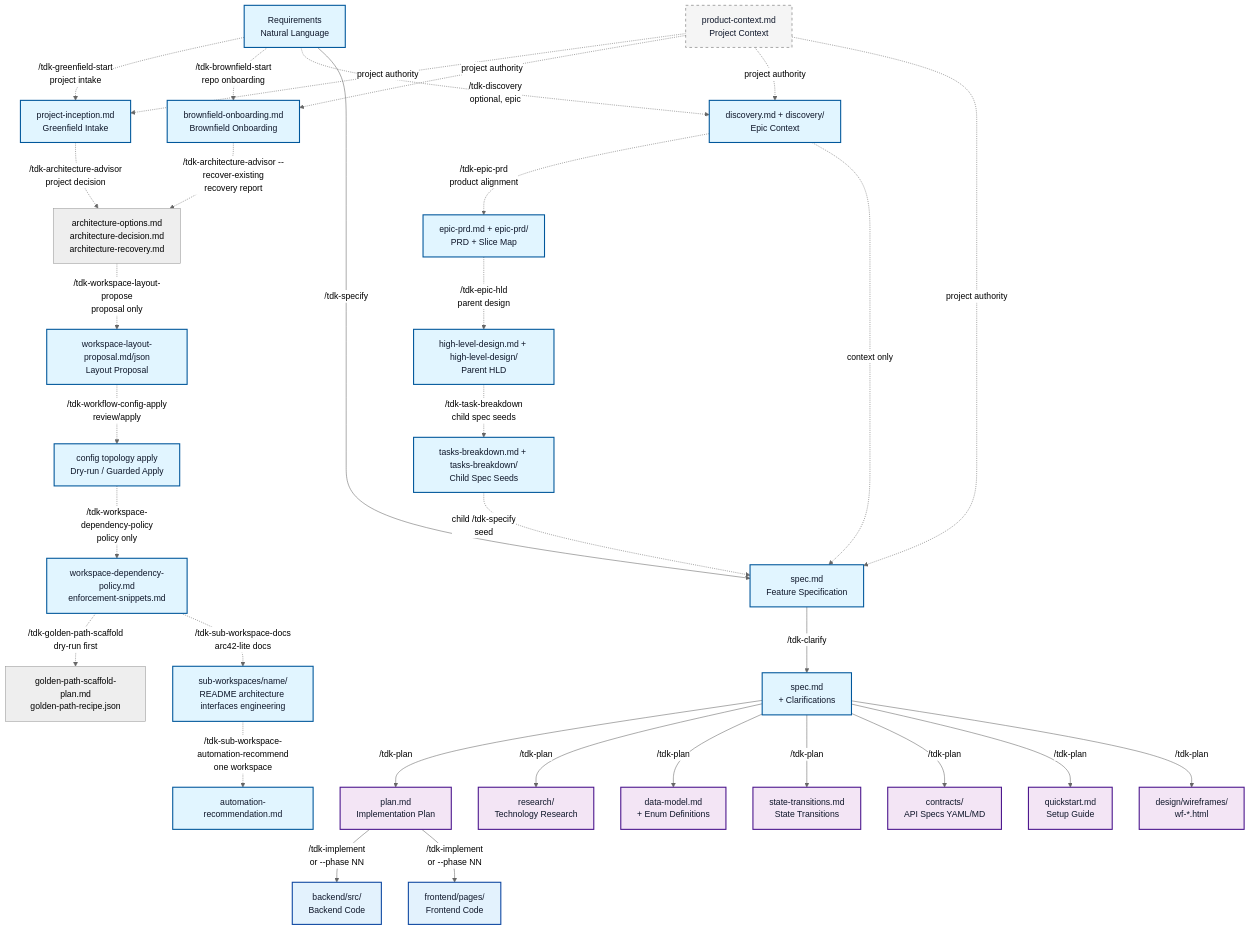
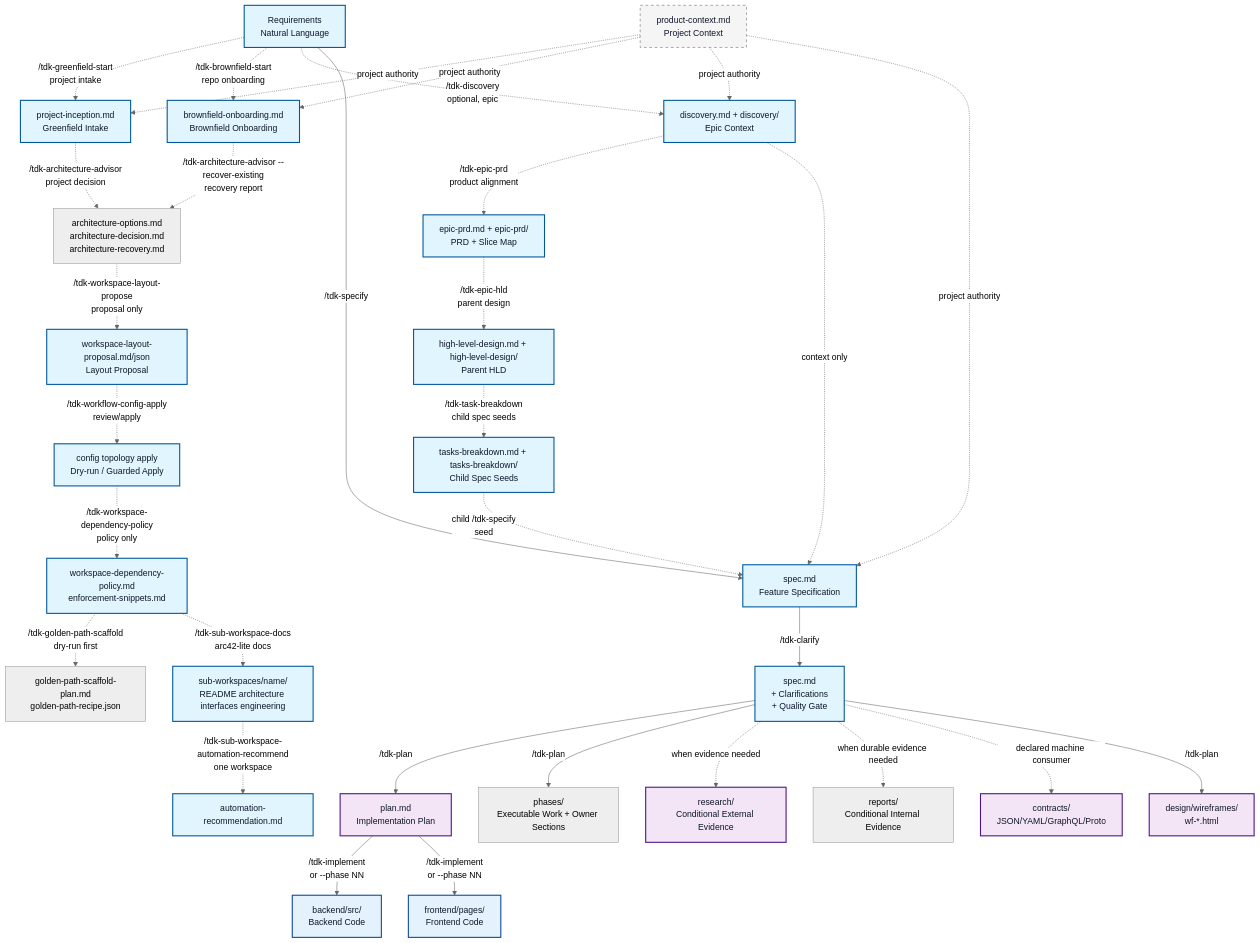
Before and after one commit to vinhltt/tdk: the first of 8 diagrams in .specify/docs/en/guides/workflow-map.md, drawn with Mermaid (neutral theme). The commit also changed other lines of this file and 180 other files, not shown here.

````diff
--- a/.specify/docs/en/guides/workflow-map.md
+++ b/.specify/docs/en/guides/workflow-map.md
@@ -12,72 +12,71 @@
 ```mermaid
 flowchart TD
     %% Phase 0: Specification
     REQ[Requirements<br/>Natural Language]
     PRODUCT_CONTEXT[product-context.md<br/>Project Context]
     GREENFIELD_INCEPTION[project-inception.md<br/>Greenfield Intake]
     BROWNFIELD_ONBOARDING[brownfield-onboarding.md<br/>Brownfield Onboarding]
     ARCHITECTURE_REPORTS[architecture-options.md<br/>architecture-decision.md<br/>architecture-recovery.md]
     TOPOLOGY[workspace-layout-proposal.md/json<br/>Layout Proposal]
     CONFIG_PATCH[config topology apply<br/>Dry-run / Guarded Apply]
     POLICY[workspace-dependency-policy.md<br/>enforcement-snippets.md]
     GOLDEN_PATH[golden-path-scaffold-plan.md<br/>golden-path-recipe.json]
     SUB_WORKSPACE_DOCS[sub-workspaces/name/<br/>README architecture interfaces engineering]
     AUTOMATION_RECOMMEND[automation-recommendation.md]
     DISCOVERY[discovery.md + discovery/<br/>Epic Context]
     EPIC_PRD[epic-prd.md + epic-prd/<br/>PRD + Slice Map]
     HLD[high-level-design.md + high-level-design/<br/>Parent HLD]
     TASK_BREAKDOWN[tasks-breakdown.md + tasks-breakdown/<br/>Child Spec Seeds]
 
     %% Phase 0: Feature Specification
     REQ -.->|/tdk-greenfield-start<br/>project intake| GREENFIELD_INCEPTION
     REQ -.->|/tdk-brownfield-start<br/>repo onboarding| BROWNFIELD_ONBOARDING
     GREENFIELD_INCEPTION -.->|/tdk-architecture-advisor<br/>project decision| ARCHITECTURE_REPORTS
     BROWNFIELD_ONBOARDING -.->|/tdk-architecture-advisor --recover-existing<br/>recovery report| ARCHITECTURE_REPORTS
     ARCHITECTURE_REPORTS -.->|/tdk-workspace-layout-propose<br/>proposal only| TOPOLOGY
     TOPOLOGY -.->|/tdk-workflow-config-apply<br/>review/apply| CONFIG_PATCH
     CONFIG_PATCH -.->|/tdk-workspace-dependency-policy<br/>policy only| POLICY
     POLICY -.->|/tdk-golden-path-scaffold<br/>dry-run first| GOLDEN_PATH
     POLICY -.->|/tdk-sub-workspace-docs<br/>arc42-lite docs| SUB_WORKSPACE_DOCS
     SUB_WORKSPACE_DOCS -.->|/tdk-sub-workspace-automation-recommend<br/>one workspace| AUTOMATION_RECOMMEND
     REQ -.->|/tdk-discovery<br/>optional, epic| DISCOVERY
     DISCOVERY -.->|/tdk-epic-prd<br/>product alignment| EPIC_PRD
     EPIC_PRD -.->|/tdk-epic-hld<br/>parent design| HLD
     HLD -.->|/tdk-task-breakdown<br/>child spec seeds| TASK_BREAKDOWN
     TASK_BREAKDOWN -.->|child /tdk-specify<br/>seed| SPEC
     REQ -->|/tdk-specify| SPEC[spec.md<br/>Feature Specification]
     DISCOVERY -.->|context only| SPEC
     PRODUCT_CONTEXT -.->|project authority| GREENFIELD_INCEPTION
     PRODUCT_CONTEXT -.->|project authority| BROWNFIELD_ONBOARDING
     PRODUCT_CONTEXT -.->|project authority| DISCOVERY
     PRODUCT_CONTEXT -.->|project authority| SPEC
-    SPEC -->|/tdk-clarify| SPEC_CLARIFIED[spec.md<br/>+ Clarifications]
+    SPEC -->|/tdk-clarify| SPEC_CLARIFIED[spec.md<br/>+ Clarifications<br/>+ Quality Gate]
 
     %% Phase 1: Architecture & Design
     SPEC_CLARIFIED -->|/tdk-plan| PLAN[plan.md<br/>Implementation Plan]
-    SPEC_CLARIFIED -->|/tdk-plan| RESEARCH[research/<br/>Technology Research]
-    SPEC_CLARIFIED -->|/tdk-plan| DATAMODEL[data-model.md<br/>+ Enum Definitions]
-    SPEC_CLARIFIED -->|/tdk-plan| STATETRANS[state-transitions.md<br/>State Transitions]
-    SPEC_CLARIFIED -->|/tdk-plan| CONTRACTS[contracts/<br/>API Specs YAML/MD]
-    SPEC_CLARIFIED -->|/tdk-plan| QUICKSTART[quickstart.md<br/>Setup Guide]
+    SPEC_CLARIFIED -->|/tdk-plan| PHASES[phases/<br/>Executable Work + Owner Sections]
+    SPEC_CLARIFIED -.->|when evidence needed| RESEARCH[research/<br/>Conditional External Evidence]
+    SPEC_CLARIFIED -.->|when durable evidence needed| REPORTS[reports/<br/>Conditional Internal Evidence]
+    SPEC_CLARIFIED -.->|declared machine consumer| CONTRACTS[contracts/<br/>JSON/YAML/GraphQL/Proto]
     SPEC_CLARIFIED -->|/tdk-plan| WIREFRAMES[design/wireframes/<br/>wf-*.html]
 
     %% Phase 2: Implementation (Solo Path - Primary)
     PLAN -->|/tdk-implement<br/>or --phase NN| CODE_BE[backend/src/<br/>Backend Code]
     PLAN -->|/tdk-implement<br/>or --phase NN| CODE_FE[frontend/pages/<br/>Frontend Code]
 
     %% Styling
     classDef phase0 fill:#e1f5ff,stroke:#01579b,stroke-width:2px,color:#0f172a
     classDef phase1 fill:#f3e5f5,stroke:#4a148c,stroke-width:2px,color:#0f172a
     classDef phase2 fill:#fff3e0,stroke:#e65100,stroke-width:2px,color:#0f172a
     classDef phase3 fill:#e8f5e9,stroke:#1b5e20,stroke-width:2px,color:#0f172a
     classDef phase4 fill:#fff9c4,stroke:#f57f17,stroke-width:2px,color:#0f172a
     classDef phase5 fill:#ffebee,stroke:#b71c1c,stroke-width:2px,color:#0f172a
     classDef reference fill:#f5f5f5,stroke:#616161,stroke-width:1px,stroke-dasharray: 5 5,color:#0f172a
     classDef code fill:#e3f2fd,stroke:#0d47a1,stroke-width:2px,color:#0f172a
     classDef infra fill:#fce4ec,stroke:#880e4f,stroke-width:2px,color:#0f172a
 
     class REQ,GREENFIELD_INCEPTION,BROWNFIELD_ONBOARDING,TOPOLOGY,CONFIG_PATCH,POLICY,SUB_WORKSPACE_DOCS,AUTOMATION_RECOMMEND,DISCOVERY,EPIC_PRD,HLD,TASK_BREAKDOWN,SPEC,SPEC_CLARIFIED phase0
     class PLAN,RESEARCH,DATAMODEL,STATETRANS,CONTRACTS,QUICKSTART,WIREFRAMES phase1
     class PRODUCT_CONTEXT,CONSTITUTION,UIUX,REF_DATAMODEL,REF_STATE reference
     class CODE_BE,CODE_FE,TESTS code
 ```
````
